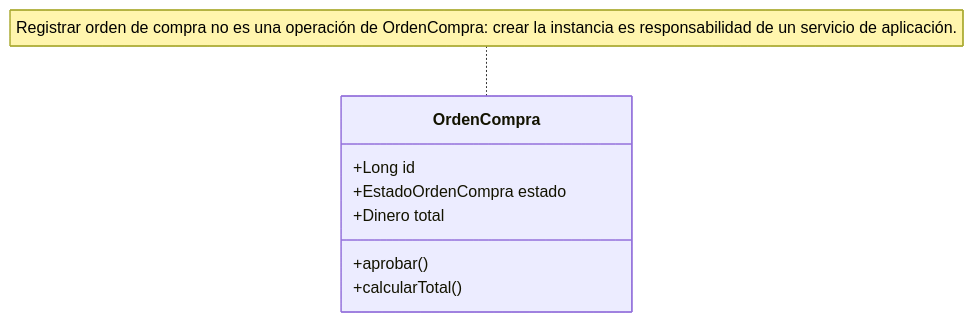
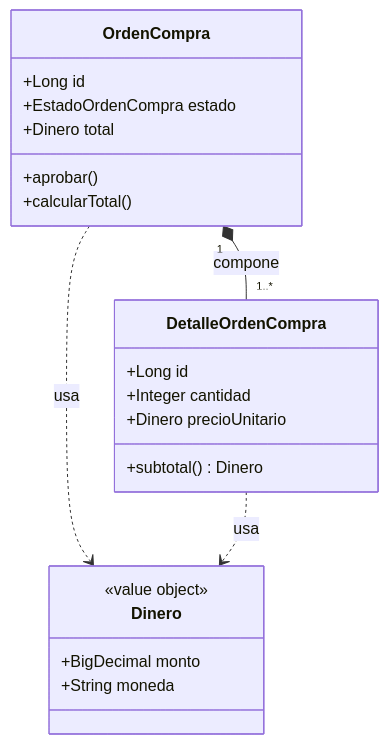
The fourth of 8 diagrams in docs/ads/sesiones/S07_Diseno_Clases_Dominio.md (262ciclo4/bomerp), drawn with Mermaid before and after one commit. The commit also changed other lines of this file and 2 other files, not shown here.

````diff
--- a/docs/ads/sesiones/S07_Diseno_Clases_Dominio.md
+++ b/docs/ads/sesiones/S07_Diseno_Clases_Dominio.md
@@ -136,11 +164,24 @@
 ```mermaid
 classDiagram
     class OrdenCompra {
         +Long id
         +EstadoOrdenCompra estado
         +Dinero total
         +aprobar()
         +calcularTotal()
     }
-    note for OrdenCompra "Registrar orden de compra no es una operación de OrdenCompra: crear la instancia es responsabilidad de un servicio de aplicación."
+    class DetalleOrdenCompra {
+        +Long id
+        +Integer cantidad
+        +Dinero precioUnitario
+        +subtotal() Dinero
+    }
+    class Dinero {
+        <<value object>>
+        +BigDecimal monto
+        +String moneda
+    }
+    OrdenCompra "1" *-- "1..*" DetalleOrdenCompra : compone
+    OrdenCompra ..> Dinero : usa
+    DetalleOrdenCompra ..> Dinero : usa
 ```
````
